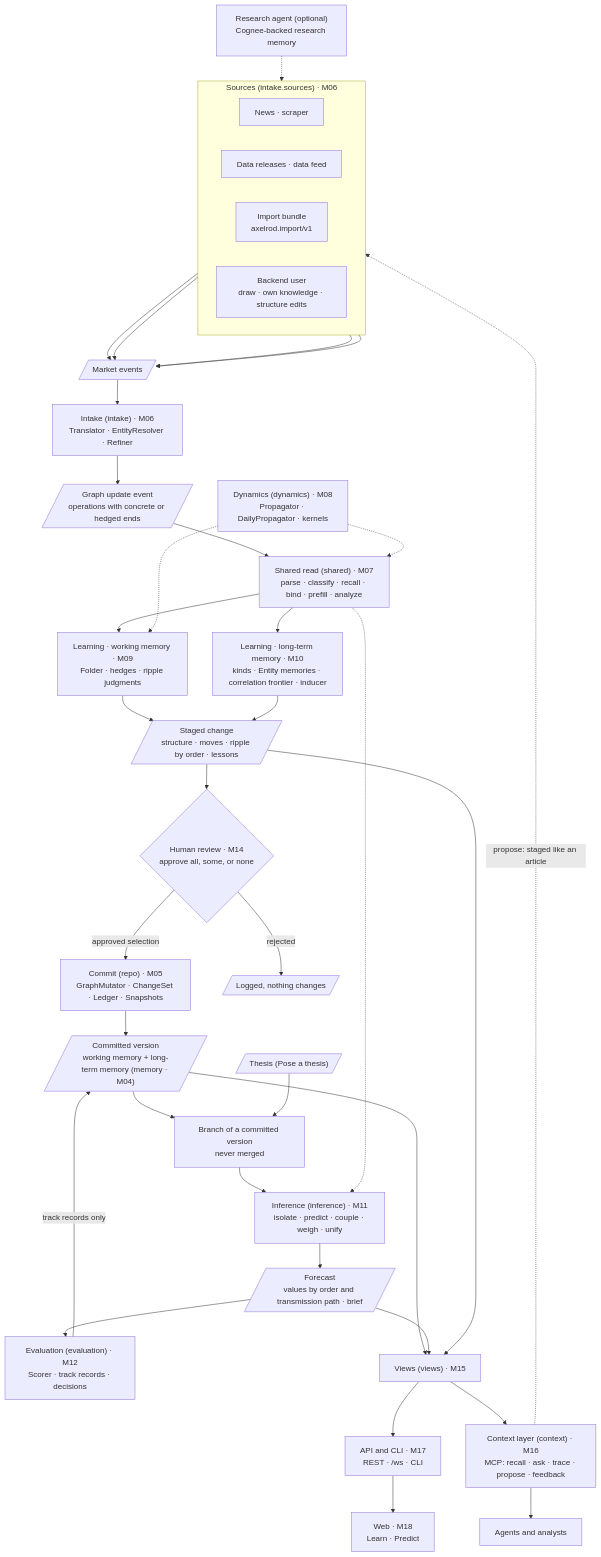
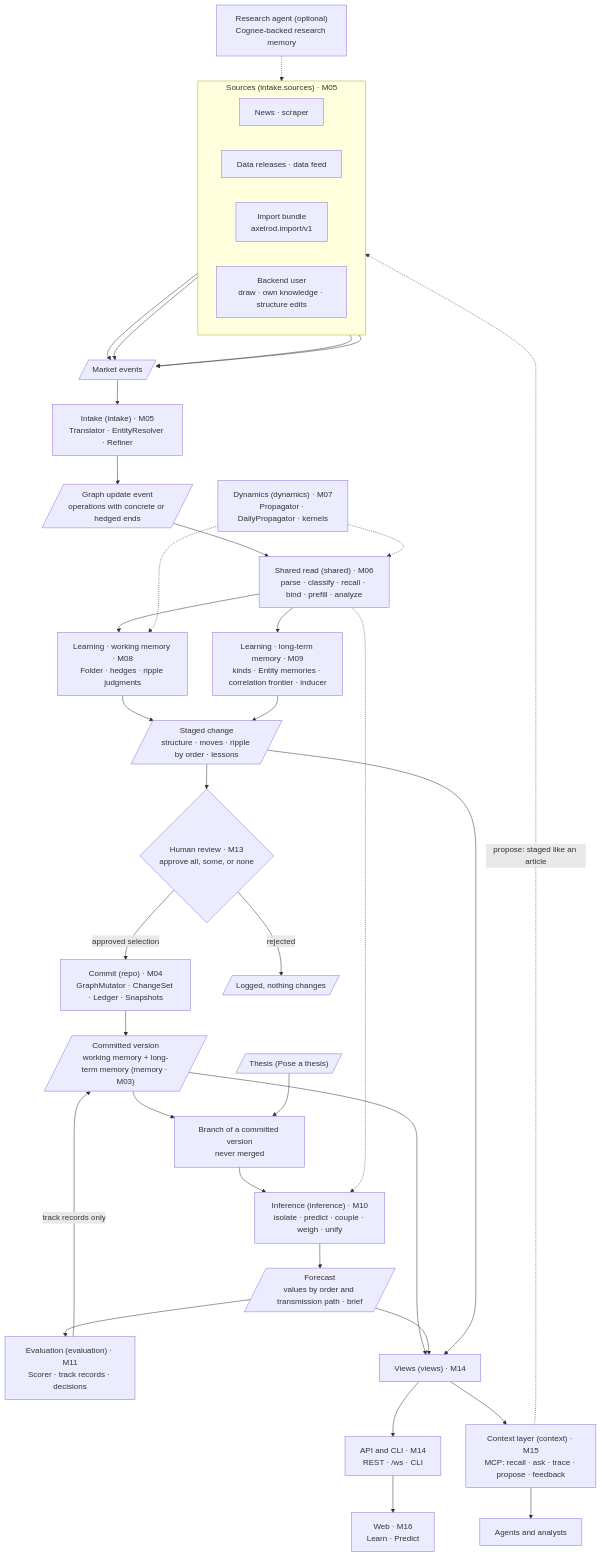
One commit to Axelrod-AI-Engineering/world-model changed the first of 9 diagrams in docs/design/architecture.md. Above: the diagram before and after it, drawn with Mermaid. The commit also changed other lines of this file and 47 other files, not shown here.

````diff
--- a/docs/design/architecture.md
+++ b/docs/design/architecture.md
@@ -26,41 +9,41 @@
 ```mermaid
 flowchart TD
-  subgraph SRC["Sources (intake.sources) · M06"]
+  subgraph SRC["Sources (intake.sources) · M05"]
     direction LR
     S1["News · scraper"]
     S2["Data releases · data feed"]
     S3["Import bundle<br/>axelrod.import/v1"]
     S4["Backend user<br/>draw · own knowledge · structure edits"]
   end
   RA["Research agent (optional)<br/>Cognee-backed research memory"] -.-> S3
   S1 & S2 & S3 & S4 --> ME[/"Market events"/]
 
-  ME --> INT["Intake (intake) · M06<br/>Translator · EntityResolver · Refiner"]
+  ME --> INT["Intake (intake) · M05<br/>Translator · EntityResolver · Refiner"]
   INT --> GUE[/"Graph update event<br/>operations with concrete or hedged ends"/]
 
-  GUE --> SR["Shared read (shared) · M07<br/>parse · classify · recall · bind · prefill · analyze"]
-  SR --> LWM["Learning · working memory · M09<br/>Folder · hedges · ripple judgments"]
-  SR --> LLTM["Learning · long-term memory · M10<br/>kinds · Entity memories · correlation frontier · inducer"]
-  DYN["Dynamics (dynamics) · M08<br/>Propagator · DailyPropagator · kernels"] -.-> SR & LWM
+  GUE --> SR["Shared read (shared) · M06<br/>parse · classify · recall · bind · prefill · analyze"]
+  SR --> LWM["Learning · working memory · M08<br/>Folder · hedges · ripple judgments"]
+  SR --> LLTM["Learning · long-term memory · M09<br/>kinds · Entity memories · correlation frontier · inducer"]
+  DYN["Dynamics (dynamics) · M07<br/>Propagator · DailyPropagator · kernels"] -.-> SR & LWM
 
   LWM & LLTM --> STG[/"Staged change<br/>structure · moves · ripple by order · lessons"/]
-  STG --> REV{"Human review · M14<br/>approve all, some, or none"}
-  REV -- "approved selection" --> REPO["Commit (repo) · M05<br/>GraphMutator · ChangeSet · Ledger · Snapshots"]
+  STG --> REV{"Human review · M13<br/>approve all, some, or none"}
+  REV -- "approved selection" --> REPO["Commit (repo) · M04<br/>GraphMutator · ChangeSet · Ledger · Snapshots"]
   REV -- "rejected" --> LOG[/"Logged, nothing changes"/]
-  REPO --> MEM[/"Committed version<br/>working memory + long-term memory (memory · M04)"/]
+  REPO --> MEM[/"Committed version<br/>working memory + long-term memory (memory · M03)"/]
 
   MEM --> BR["Branch of a committed version<br/>never merged"]
   TH[/"Thesis (Pose a thesis)"/] --> BR
-  BR --> INF["Inference (inference) · M11<br/>isolate · predict · couple · weigh · unify"]
+  BR --> INF["Inference (inference) · M10<br/>isolate · predict · couple · weigh · unify"]
   SR -.-> INF
   INF --> FC[/"Forecast<br/>values by order and transmission path · brief"/]
-  FC --> EVAL["Evaluation (evaluation) · M12<br/>Scorer · track records · decisions"]
+  FC --> EVAL["Evaluation (evaluation) · M11<br/>Scorer · track records · decisions"]
   EVAL -- "track records only" --> MEM
 
-  MEM & FC & STG --> VIEWS["Views (views) · M15"]
-  VIEWS --> API["API and CLI · M17<br/>REST · /ws · CLI"]
-  VIEWS --> CTX["Context layer (context) · M16<br/>MCP: recall · ask · trace · propose · feedback"]
-  API --> WEB["Web · M18<br/>Learn · Predict"]
+  MEM & FC & STG --> VIEWS["Views (views) · M14"]
+  VIEWS --> API["API and CLI · M14<br/>REST · /ws · CLI"]
+  VIEWS --> CTX["Context layer (context) · M15<br/>MCP: recall · ask · trace · propose · feedback"]
+  API --> WEB["Web · M16<br/>Learn · Predict"]
   CTX --> AG["Agents and analysts"]
   CTX -. "propose: staged like an article" .-> S4
 ```
````
